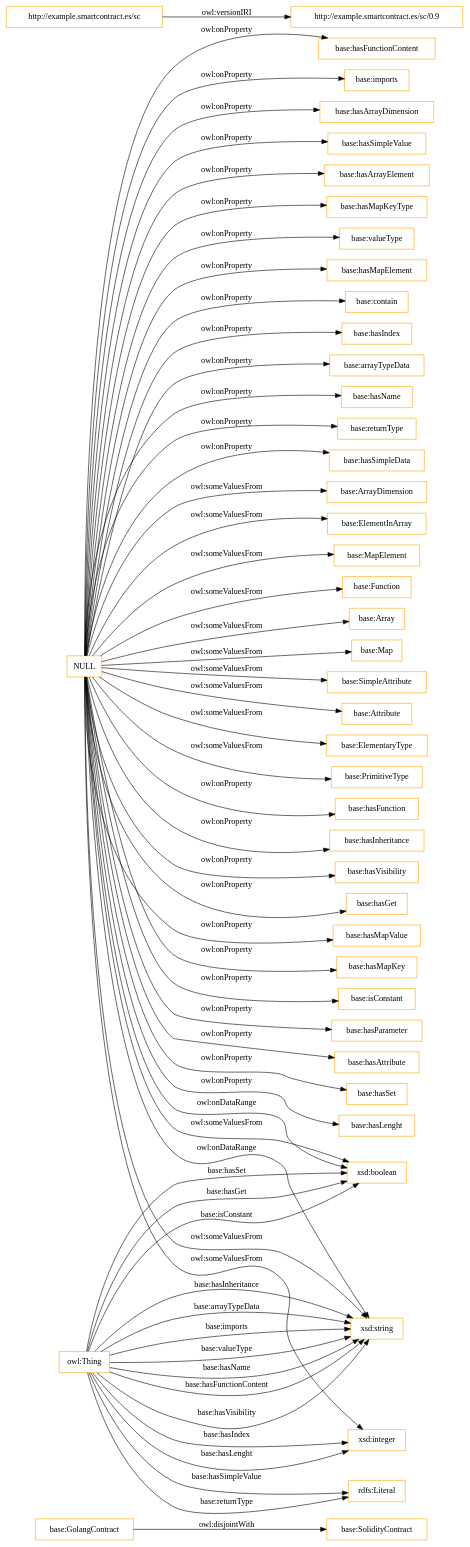
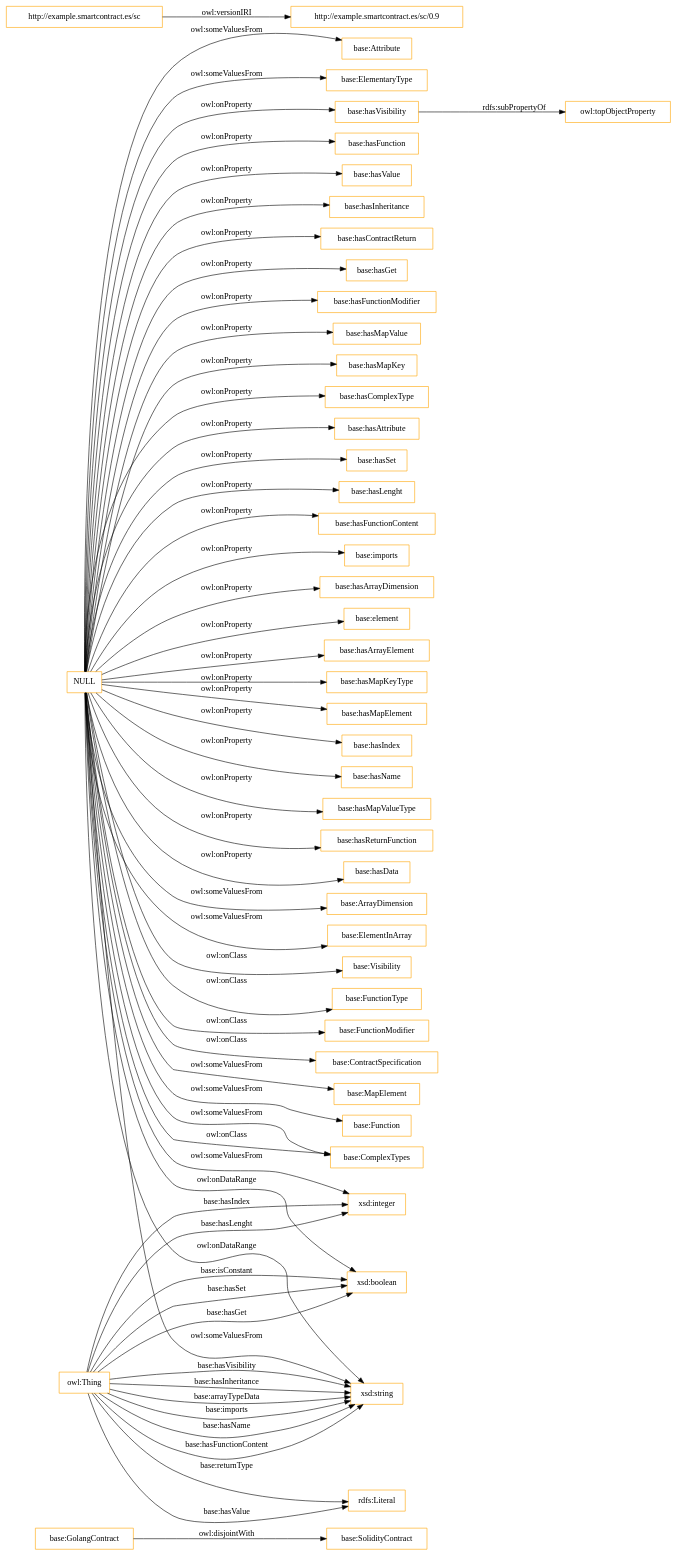
The diagram in OnToology/ontology/smartContract.ttl/diagrams/ar2dtool-class/smartContract.ttl.png.dot (OnToologyUser/smartcontract-ontology), drawn with Graphviz before and after one commit. The commit also changed 12 other files, not shown here.

```diff
--- a/OnToology/ontology/smartContract.ttl/diagrams/ar2dtool-class/smartContract.ttl.png.dot
+++ b/OnToology/ontology/smartContract.ttl/diagrams/ar2dtool-class/smartContract.ttl.png.dot
@@ -1,62 +1,63 @@
 digraph ar2dtool_diagram { 
 rankdir=LR;
 size="1501"
-node [shape = rectangle, color="orange"]; "base:GolangContract" "base:ArrayDimension" "base:ElementInArray" "base:SolidityContract" "base:MapElement" "base:Function" "base:Array" "base:Map" "base:SimpleAttribute" "base:Attribute" "base:ElementaryType" "base:PrimitiveType" ; /*classes style*/
+node [shape = rectangle, color="orange"]; "base:GolangContract" "base:ArrayDimension" "base:ElementInArray" "base:Visibility" "base:FunctionType" "base:SolidityContract" "base:FunctionModifier" "base:ContractSpecification" "base:MapElement" "base:Function" "base:ComplexTypes" "base:Attribute" "base:ElementaryType" ; /*classes style*/
+	"base:hasVisibility" -> "owl:topObjectProperty" [ label = "rdfs:subPropertyOf" ];
 	"base:GolangContract" -> "base:SolidityContract" [ label = "owl:disjointWith" ];
 	"NULL" -> "base:hasFunction" [ label = "owl:onProperty" ];
+	"NULL" -> "base:hasValue" [ label = "owl:onProperty" ];
 	"NULL" -> "base:hasInheritance" [ label = "owl:onProperty" ];
-	"NULL" -> "base:Map" [ label = "owl:someValuesFrom" ];
+	"NULL" -> "base:hasContractReturn" [ label = "owl:onProperty" ];
+	"NULL" -> "base:ComplexTypes" [ label = "owl:someValuesFrom" ];
 	"NULL" -> "base:hasVisibility" [ label = "owl:onProperty" ];
 	"NULL" -> "base:Function" [ label = "owl:someValuesFrom" ];
 	"NULL" -> "base:hasGet" [ label = "owl:onProperty" ];
-	"NULL" -> "base:PrimitiveType" [ label = "owl:someValuesFrom" ];
+	"NULL" -> "base:hasFunctionModifier" [ label = "owl:onProperty" ];
 	"NULL" -> "base:MapElement" [ label = "owl:someValuesFrom" ];
 	"NULL" -> "base:hasMapValue" [ label = "owl:onProperty" ];
 	"NULL" -> "base:hasMapKey" [ label = "owl:onProperty" ];
-	"NULL" -> "base:isConstant" [ label = "owl:onProperty" ];
-	"NULL" -> "base:hasParameter" [ label = "owl:onProperty" ];
-	"NULL" -> "xsd:boolean" [ label = "owl:someValuesFrom" ];
+	"NULL" -> "base:hasComplexType" [ label = "owl:onProperty" ];
 	"NULL" -> "base:ElementInArray" [ label = "owl:someValuesFrom" ];
 	"NULL" -> "base:hasAttribute" [ label = "owl:onProperty" ];
 	"NULL" -> "base:hasSet" [ label = "owl:onProperty" ];
 	"NULL" -> "base:hasLenght" [ label = "owl:onProperty" ];
 	"NULL" -> "base:hasFunctionContent" [ label = "owl:onProperty" ];
+	"NULL" -> "base:ComplexTypes" [ label = "owl:onClass" ];
 	"NULL" -> "base:ElementaryType" [ label = "owl:someValuesFrom" ];
 	"NULL" -> "base:imports" [ label = "owl:onProperty" ];
 	"NULL" -> "base:hasArrayDimension" [ label = "owl:onProperty" ];
-	"NULL" -> "base:hasSimpleValue" [ label = "owl:onProperty" ];
+	"NULL" -> "base:ContractSpecification" [ label = "owl:onClass" ];
+	"NULL" -> "base:element" [ label = "owl:onProperty" ];
 	"NULL" -> "base:hasArrayElement" [ label = "owl:onProperty" ];
+	"NULL" -> "base:FunctionType" [ label = "owl:onClass" ];
 	"NULL" -> "base:hasMapKeyType" [ label = "owl:onProperty" ];
-	"NULL" -> "base:Array" [ label = "owl:someValuesFrom" ];
-	"NULL" -> "base:SimpleAttribute" [ label = "owl:someValuesFrom" ];
-	"NULL" -> "base:valueType" [ label = "owl:onProperty" ];
+	"NULL" -> "base:FunctionModifier" [ label = "owl:onClass" ];
+	"NULL" -> "base:Visibility" [ label = "owl:onClass" ];
 	"NULL" -> "xsd:string" [ label = "owl:onDataRange" ];
 	"NULL" -> "base:hasMapElement" [ label = "owl:onProperty" ];
-	"NULL" -> "base:contain" [ label = "owl:onProperty" ];
 	"NULL" -> "base:hasIndex" [ label = "owl:onProperty" ];
 	"NULL" -> "xsd:boolean" [ label = "owl:onDataRange" ];
 	"NULL" -> "xsd:integer" [ label = "owl:someValuesFrom" ];
-	"NULL" -> "base:arrayTypeData" [ label = "owl:onProperty" ];
 	"NULL" -> "base:hasName" [ label = "owl:onProperty" ];
-	"NULL" -> "base:returnType" [ label = "owl:onProperty" ];
-	"NULL" -> "base:hasSimpleData" [ label = "owl:onProperty" ];
+	"NULL" -> "base:hasMapValueType" [ label = "owl:onProperty" ];
 	"NULL" -> "base:ArrayDimension" [ label = "owl:someValuesFrom" ];
+	"NULL" -> "base:hasReturnFunction" [ label = "owl:onProperty" ];
+	"NULL" -> "base:hasData" [ label = "owl:onProperty" ];
 	"NULL" -> "base:Attribute" [ label = "owl:someValuesFrom" ];
 	"NULL" -> "xsd:string" [ label = "owl:someValuesFrom" ];
 	"http://example.smartcontract.es/sc" -> "http://example.smartcontract.es/sc/0.9" [ label = "owl:versionIRI" ];
 	"owl:Thing" -> "xsd:boolean" [ label = "base:hasSet" ];
+	"owl:Thing" -> "rdfs:Literal" [ label = "base:hasValue" ];
 	"owl:Thing" -> "xsd:string" [ label = "base:hasVisibility" ];
 	"owl:Thing" -> "xsd:string" [ label = "base:hasInheritance" ];
 	"owl:Thing" -> "rdfs:Literal" [ label = "base:returnType" ];
 	"owl:Thing" -> "xsd:integer" [ label = "base:hasIndex" ];
 	"owl:Thing" -> "xsd:string" [ label = "base:arrayTypeData" ];
 	"owl:Thing" -> "xsd:string" [ label = "base:imports" ];
-	"owl:Thing" -> "rdfs:Literal" [ label = "base:hasSimpleValue" ];
-	"owl:Thing" -> "xsd:string" [ label = "base:valueType" ];
 	"owl:Thing" -> "xsd:boolean" [ label = "base:hasGet" ];
 	"owl:Thing" -> "xsd:string" [ label = "base:hasName" ];
 	"owl:Thing" -> "xsd:string" [ label = "base:hasFunctionContent" ];
 	"owl:Thing" -> "xsd:boolean" [ label = "base:isConstant" ];
 	"owl:Thing" -> "xsd:integer" [ label = "base:hasLenght" ];
 
 }
```
